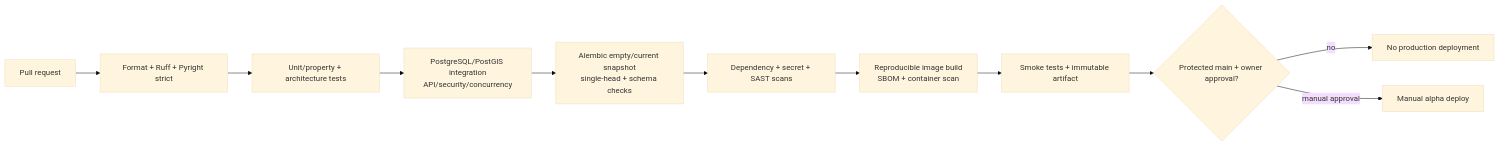
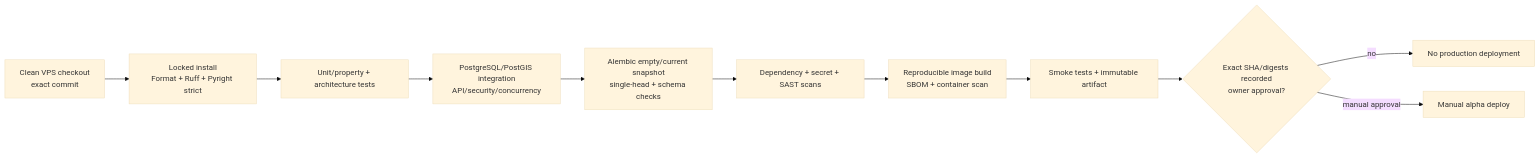
One commit to ittadoru/afisha-bot changed the diagram in docs/g4/diagrams/21-ci-cd-pipeline.mmd. Above: the diagram before and after it, drawn with Mermaid (base theme). The commit also changed 190 other files, not shown here.

```diff
--- a/docs/g4/diagrams/21-ci-cd-pipeline.mmd
+++ b/docs/g4/diagrams/21-ci-cd-pipeline.mmd
@@ -1,11 +1,11 @@
 flowchart LR
-    PR["Pull request"] --> F["Format + Ruff + Pyright strict"]
+    C["Clean VPS checkout<br/>exact commit"] --> F["Locked install<br/>Format + Ruff + Pyright strict"]
     F --> T["Unit/property + architecture tests"]
     T --> I["PostgreSQL/PostGIS integration<br/>API/security/concurrency"]
     I --> M["Alembic empty/current snapshot<br/>single-head + schema checks"]
     M --> S["Dependency + secret + SAST scans"]
     S --> B["Reproducible image build<br/>SBOM + container scan"]
     B --> K["Smoke tests + immutable artifact"]
-    K --> A{"Protected main + owner approval?"}
+    K --> A{"Exact SHA/digests recorded<br/>owner approval?"}
     A -->|"no"| X["No production deployment"]
     A -->|"manual approval"| D["Manual alpha deploy"]
```
